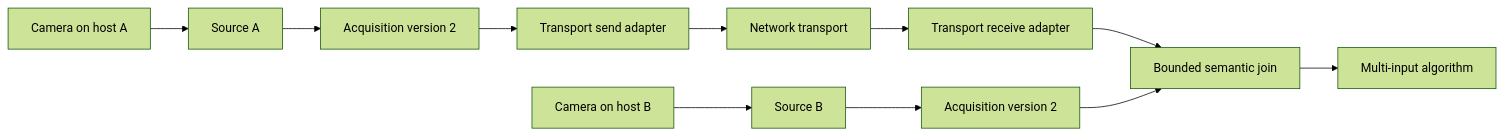
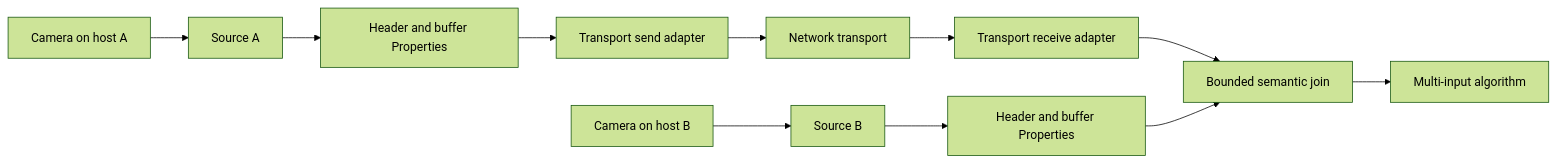
One commit to DarrylGamroth/PipeWireAO changed the first of 2 diagrams in doc/dox/internals/acquisition-metadata.md. Above: the diagram before and after it, drawn with Mermaid (forest theme). The commit also changed other lines of this file and 1 other file, not shown here.

Commit message:
Document Properties-only acquisition and publication contracts

````diff
--- a/doc/dox/internals/acquisition-metadata.md
+++ b/doc/dox/internals/acquisition-metadata.md
@@ -26,13 +26,13 @@
 ```mermaid
 flowchart LR
     CameraA[Camera on host A] --> SourceA[Source A]
     CameraB[Camera on host B] --> SourceB[Source B]
-    SourceA --> MetaA[Acquisition version 2]
-    SourceB --> MetaB[Acquisition version 2]
+    SourceA --> MetaA[Header and buffer Properties]
+    SourceB --> MetaB[Header and buffer Properties]
     MetaA --> SendAdapter[Transport send adapter]
     SendAdapter --> Transport[Network transport]
     Transport --> ReceiveAdapter[Transport receive adapter]
     ReceiveAdapter --> Join[Bounded semantic join]
     MetaB --> Join
     Join --> Algorithm[Multi-input algorithm]
 ```
````
